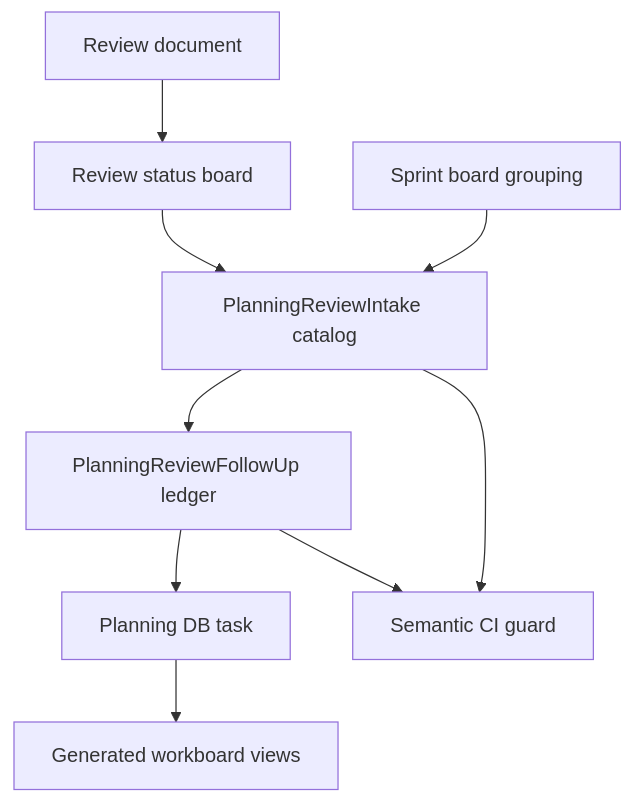
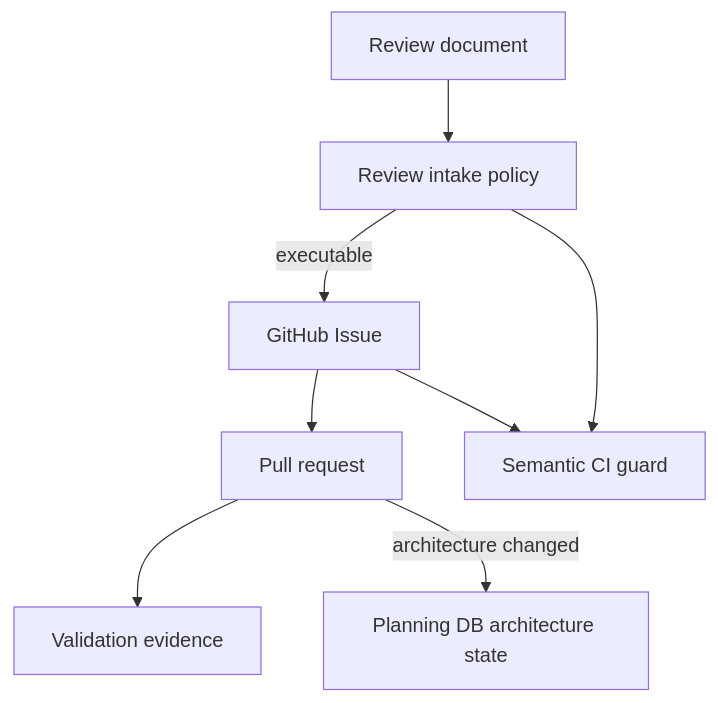
The second of 3 diagrams in docs/architecture/components/ci-governance/planning-review-canon-component.md (dunay2/dvt), drawn with Mermaid before and after one commit. The commit also changed other lines of this file and 9 other files, not shown here.

Commit message:
refactor(ci): Align review intake with GitHub task authority

````diff
--- a/docs/architecture/components/ci-governance/planning-review-canon-component.md
+++ b/docs/architecture/components/ci-governance/planning-review-canon-component.md
@@ -80,20 +73,18 @@
 ```mermaid
 flowchart TD
   Review["Review document"]
-  Board["Review status board"]
-  Sprint["Sprint board grouping"]
-  Catalog["PlanningReviewIntake catalog"]
-  FollowUp["PlanningReviewFollowUp ledger"]
-  DB["Planning DB task"]
-  Workboard["Generated workboard views"]
+  ReviewPolicy["Review intake policy"]
+  Issue["GitHub Issue"]
+  PR["Pull request"]
+  Evidence["Validation evidence"]
+  Architecture["Planning DB architecture state"]
   Guard["Semantic CI guard"]
 
-  Review --> Board
-  Board --> Catalog
-  Sprint --> Catalog
-  Catalog --> FollowUp
-  FollowUp --> DB
-  DB --> Workboard
-  Catalog --> Guard
-  FollowUp --> Guard
+  Review --> ReviewPolicy
+  ReviewPolicy -->|executable| Issue
+  Issue --> PR
+  PR --> Evidence
+  PR -->|architecture changed| Architecture
+  ReviewPolicy --> Guard
+  Issue --> Guard
 ```
````
